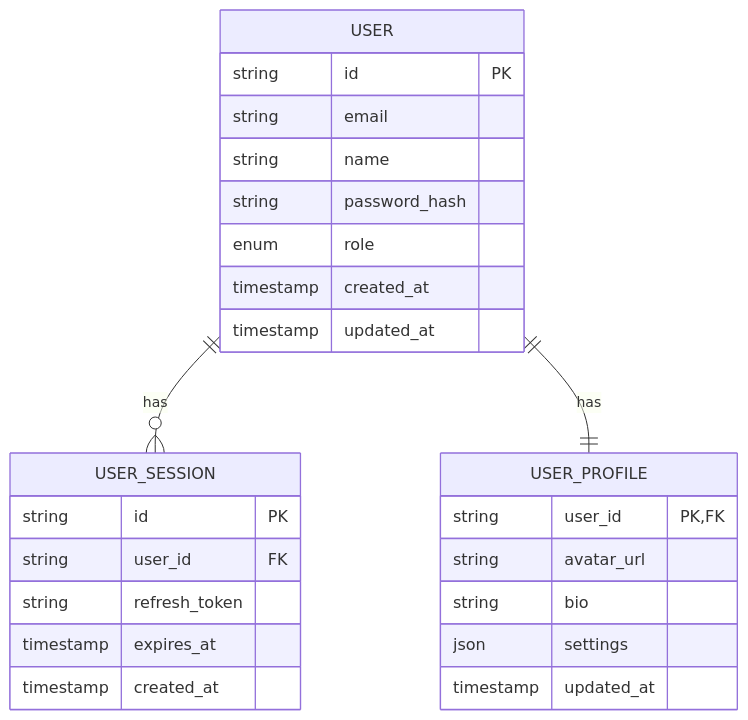
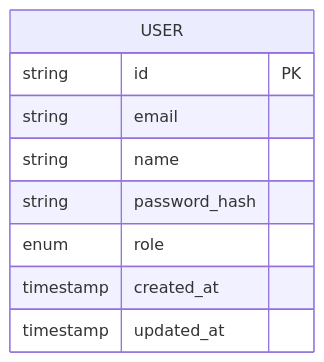
The eighth of 10 diagrams in docs/user-services.md (vinodhj/expense-microservices), drawn with Mermaid before and after one commit. The commit also changed other lines of this file, not shown here.

````diff
--- a/docs/user-services.md
+++ b/docs/user-services.md
@@ -427,31 +434,12 @@
 ```mermaid
 erDiagram
     USER {
         string id PK
         string email
         string name
         string password_hash
         enum role
         timestamp created_at
         timestamp updated_at
     }
-
-    USER_SESSION {
-        string id PK
-        string user_id FK
-        string refresh_token
-        timestamp expires_at
-        timestamp created_at
-    }
-
-    USER_PROFILE {
-        string user_id PK,FK
-        string avatar_url
-        string bio
-        json settings
-        timestamp updated_at
-    }
-
-    USER ||--o{ USER_SESSION : has
-    USER ||--|| USER_PROFILE : has
 ```
````
